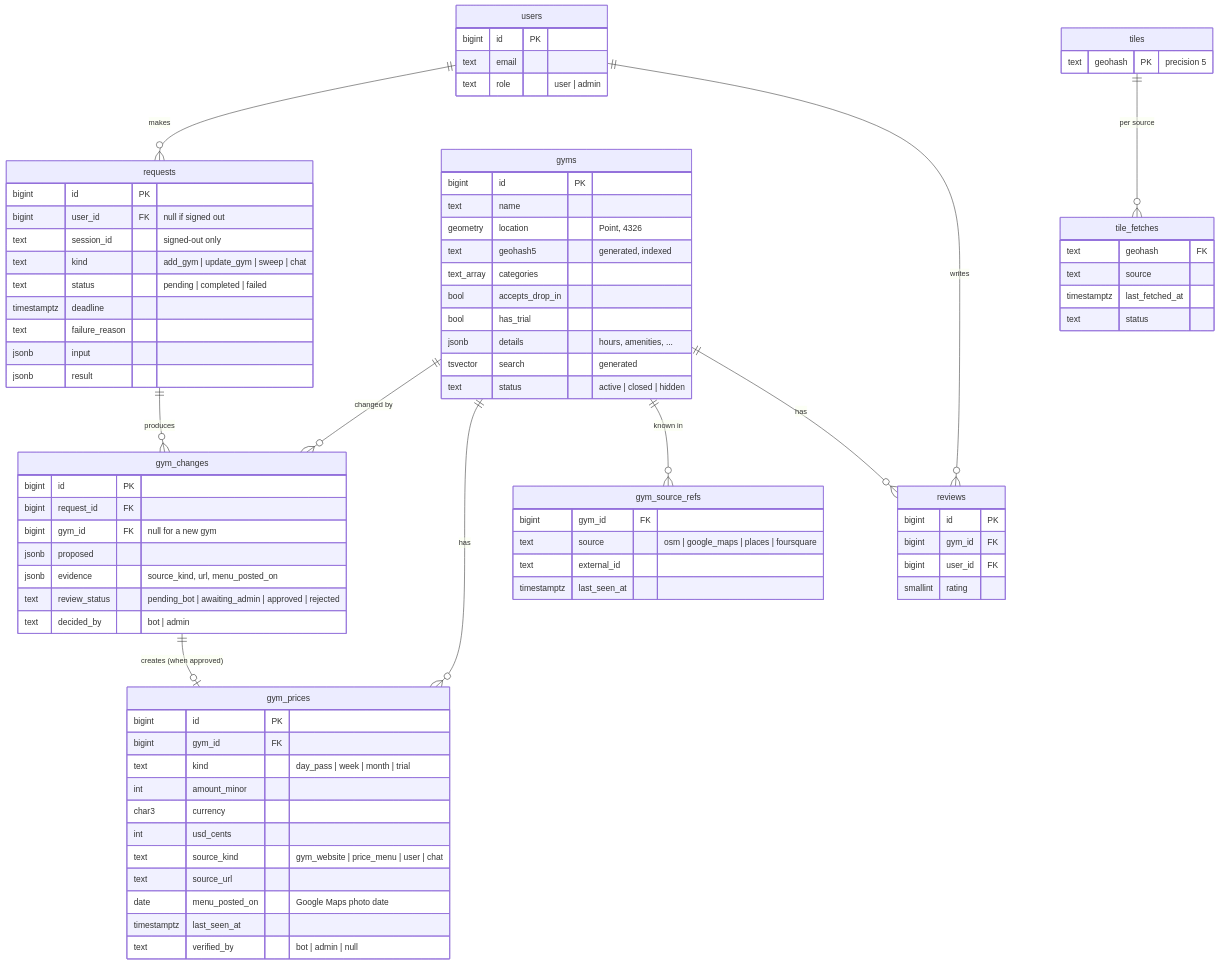
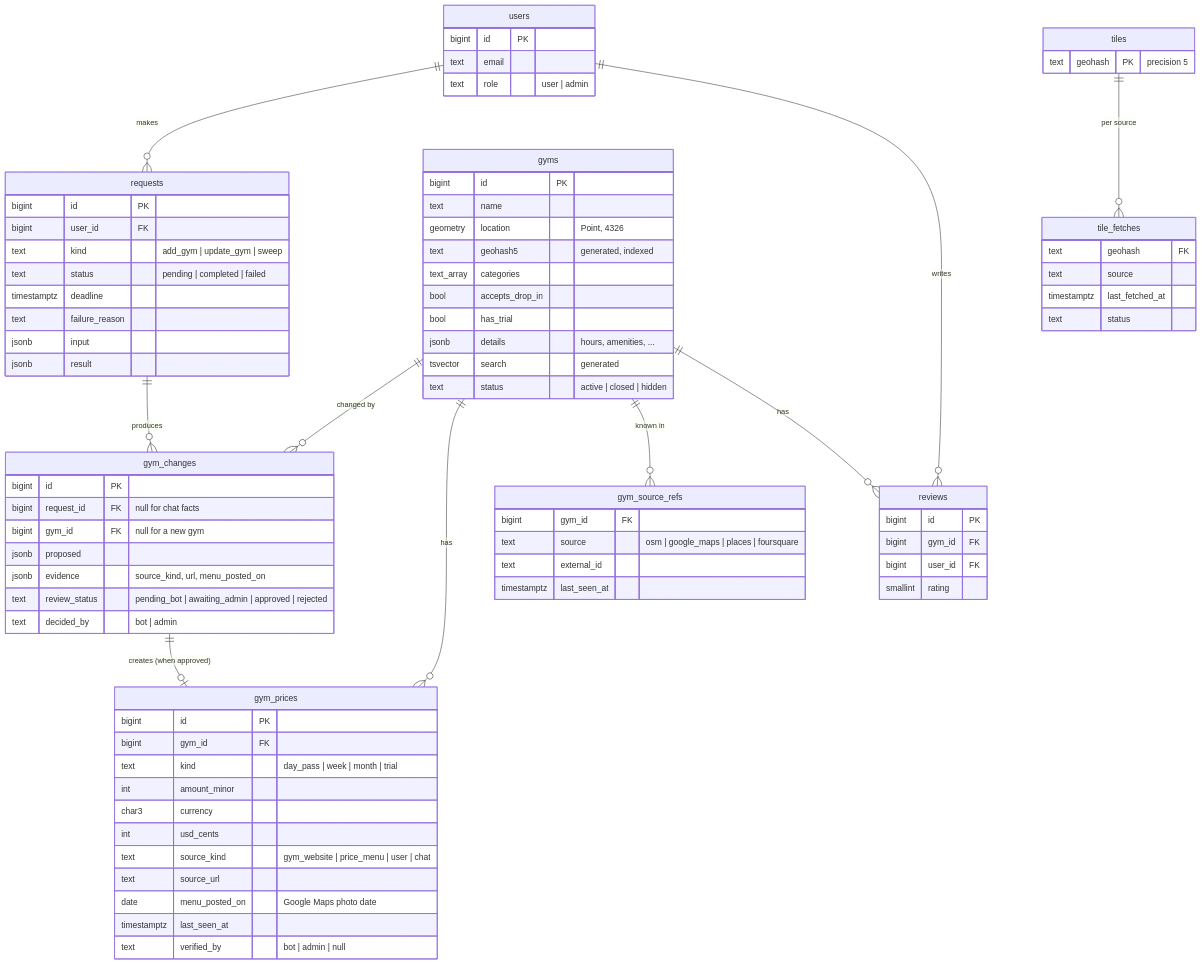
Before and after one commit to AbsentLung/TravelApp: the fourth of 8 diagrams in STACK_AND_SCHEMA.md, drawn with Mermaid. The commit also changed other lines of this file and 3 other files, not shown here.

```diff
--- a/STACK_AND_SCHEMA.md
+++ b/STACK_AND_SCHEMA.md
@@ -283,9 +283,8 @@
     }
     requests {
         bigint id PK
-        bigint user_id FK "null if signed out"
-        text session_id "signed-out only"
-        text kind "add_gym | update_gym | sweep | chat"
+        bigint user_id FK
+        text kind "add_gym | update_gym | sweep"
         text status "pending | completed | failed"
         timestamptz deadline
         text failure_reason
@@ -294,7 +293,7 @@
     }
     gym_changes {
         bigint id PK
-        bigint request_id FK
+        bigint request_id FK "null for chat facts"
         bigint gym_id FK "null for a new gym"
         jsonb proposed
         jsonb evidence "source_kind, url, menu_posted_on"
```
